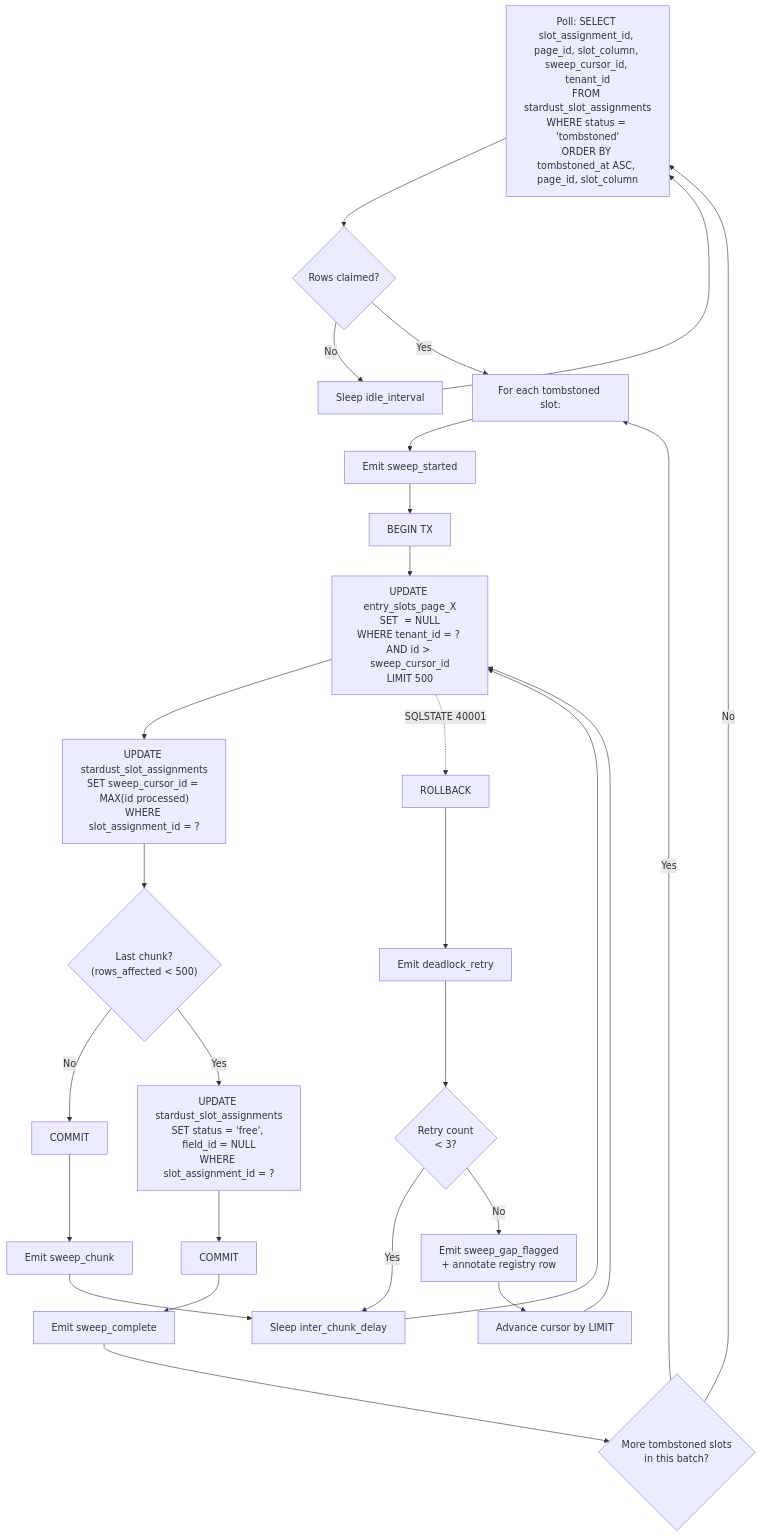
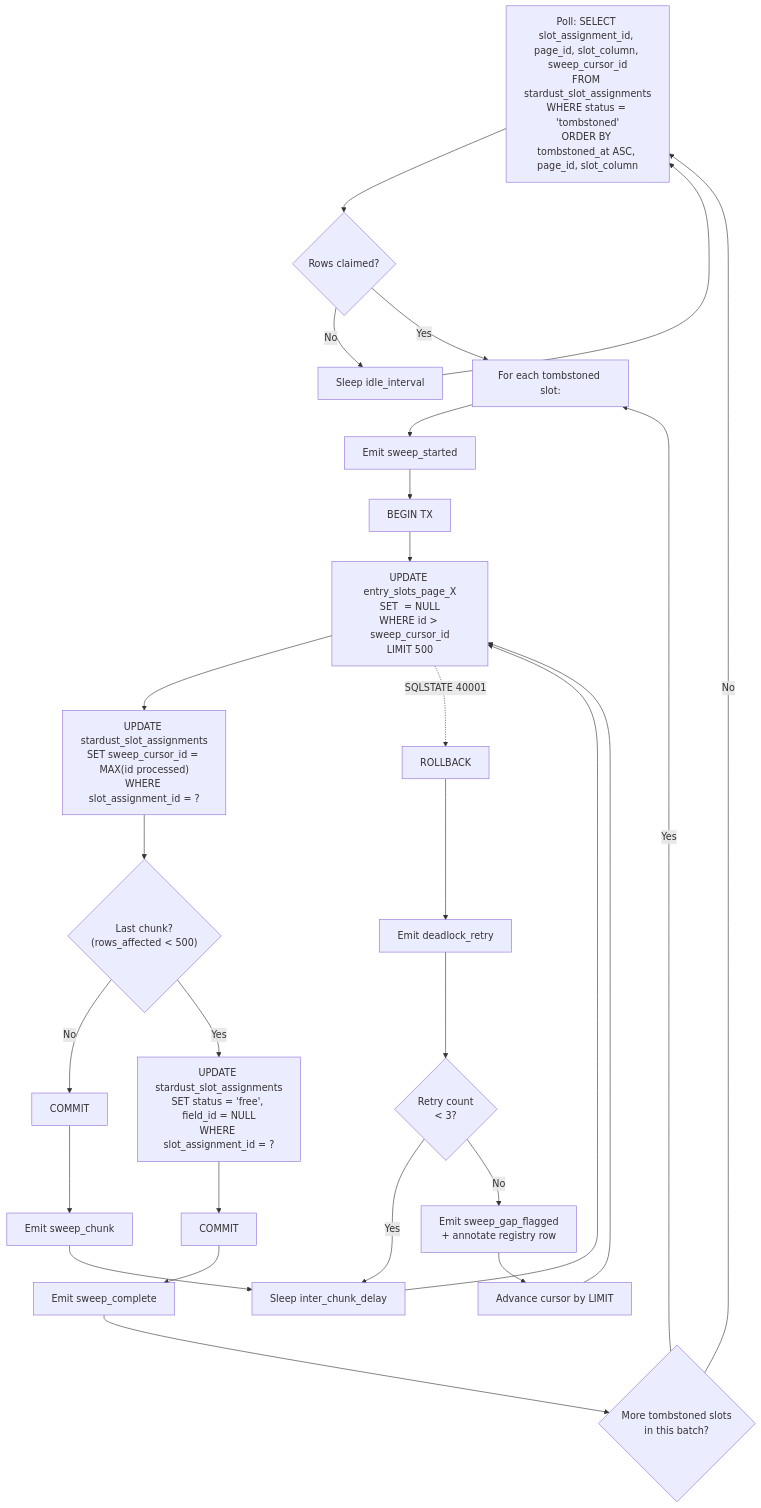
The diagram in blueprints/liberator_daemon.md (damarbob/SDDPG), drawn with Mermaid before and after one commit. The commit also changed other lines of this file and 5 other files, not shown here.

First line of the commit message:
Document Liberator sweep tenant predicate omission

````diff
--- a/blueprints/liberator_daemon.md
+++ b/blueprints/liberator_daemon.md
@@ -68,31 +68,31 @@
 ```mermaid
 flowchart TD
-    L1["Poll: SELECT slot_assignment_id, page_id, slot_column, sweep_cursor_id, tenant_id\nFROM stardust_slot_assignments\nWHERE status = 'tombstoned'\nORDER BY tombstoned_at ASC, page_id, slot_column"] --> L2{"Rows claimed?"}
+    L1["Poll: SELECT slot_assignment_id, page_id, slot_column, sweep_cursor_id\nFROM stardust_slot_assignments\nWHERE status = 'tombstoned'\nORDER BY tombstoned_at ASC, page_id, slot_column"] --> L2{"Rows claimed?"}
     L2 -- No --> L3["Sleep idle_interval"]
     L3 --> L1
     L2 -- Yes --> L4["For each tombstoned slot:"]
     L4 --> L5["Emit sweep_started"]
     L5 --> L6["BEGIN TX"]
-    L6 --> L7["UPDATE entry_slots_page_X\nSET <slot_column> = NULL\nWHERE tenant_id = ? AND id > sweep_cursor_id\nLIMIT 500"]
+    L6 --> L7["UPDATE entry_slots_page_X\nSET <slot_column> = NULL\nWHERE id > sweep_cursor_id\nLIMIT 500"]
     L7 --> L8["UPDATE stardust_slot_assignments\nSET sweep_cursor_id = MAX(id processed)\nWHERE slot_assignment_id = ?"]
     L8 --> L9{"Last chunk?\n(rows_affected < 500)"}
     L9 -- No --> L10["COMMIT"]
     L10 --> L11["Emit sweep_chunk"]
     L11 --> L12["Sleep inter_chunk_delay"]
     L12 --> L7
     L9 -- Yes --> L13["UPDATE stardust_slot_assignments\nSET status = 'free', field_id = NULL\nWHERE slot_assignment_id = ?"]
     L13 --> L14["COMMIT"]
     L14 --> L15["Emit sweep_complete"]
     L15 --> L16{"More tombstoned slots\nin this batch?"}
     L16 -- Yes --> L4
     L16 -- No --> L1
 
     %% Failure branch
     L7 -.SQLSTATE 40001.-> L17["ROLLBACK"]
     L17 --> L18["Emit deadlock_retry"]
     L18 --> L19{"Retry count\n< 3?"}
     L19 -- Yes --> L12
     L19 -- No --> L20["Emit sweep_gap_flagged\n+ annotate registry row"]
     L20 --> L21["Advance cursor by LIMIT"]
     L21 --> L7
 ```
````
